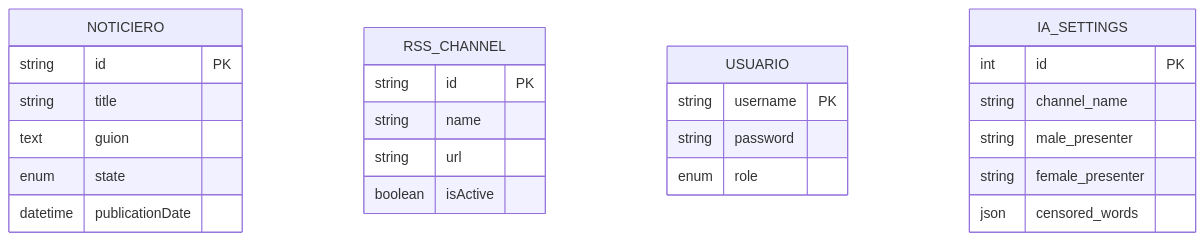
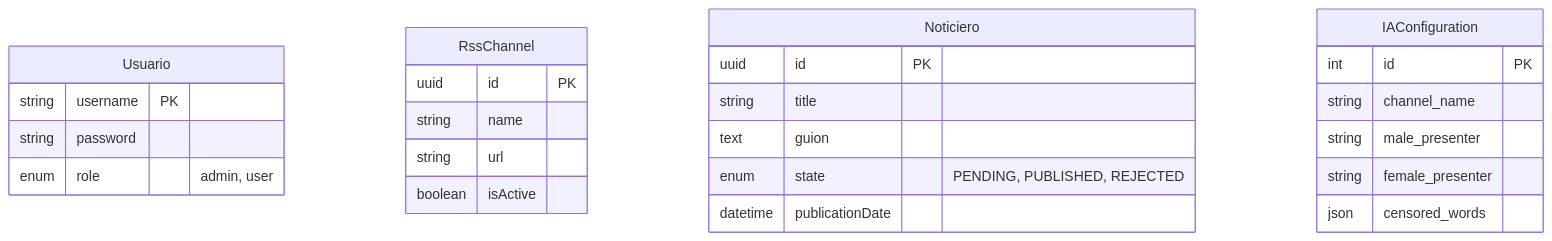
The third of 3 diagrams in README.md (AbarcgDev/Noticiero-Finsus), drawn with Mermaid before and after one commit. The commit also changed other lines of this file, not shown here.

````diff
--- a/README.md
+++ b/README.md
@@ -49,31 +214,31 @@
 ```mermaid
 erDiagram
-    NOTICIERO {
-        string id PK
-        string title
-        text guion
-        enum state
-        datetime publicationDate
+    Usuario {
+        string username PK
+        string password
+        enum role "admin, user"
     }
-    
-    RSS_CHANNEL {
-        string id PK
+
+    RssChannel {
+        uuid id PK
         string name
         string url
         boolean isActive
     }
-    
-    USUARIO {
-        string username PK
-        string password
-        enum role
+
+    Noticiero {
+        uuid id PK
+        string title
+        text guion
+        enum state "PENDING, PUBLISHED, REJECTED"
+        datetime publicationDate
     }
 
-    IA_SETTINGS {
+    IAConfiguration {
         int id PK
         string channel_name
         string male_presenter
         string female_presenter
         json censored_words
     }
 ```
````
